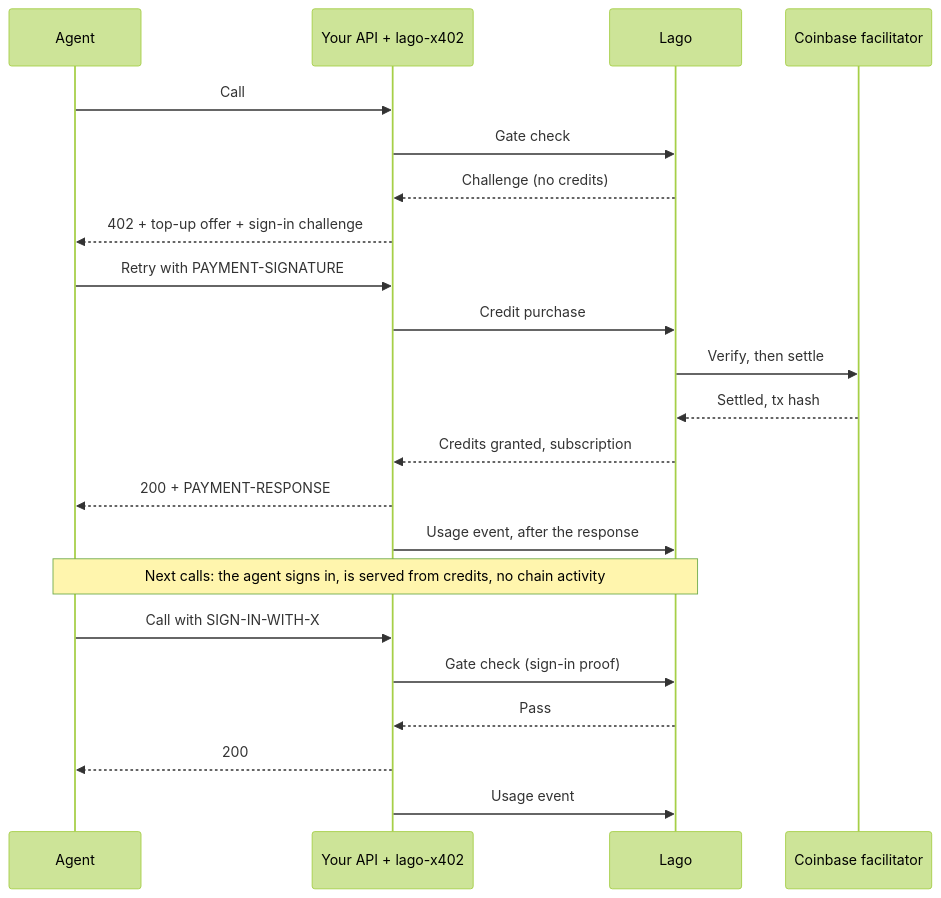
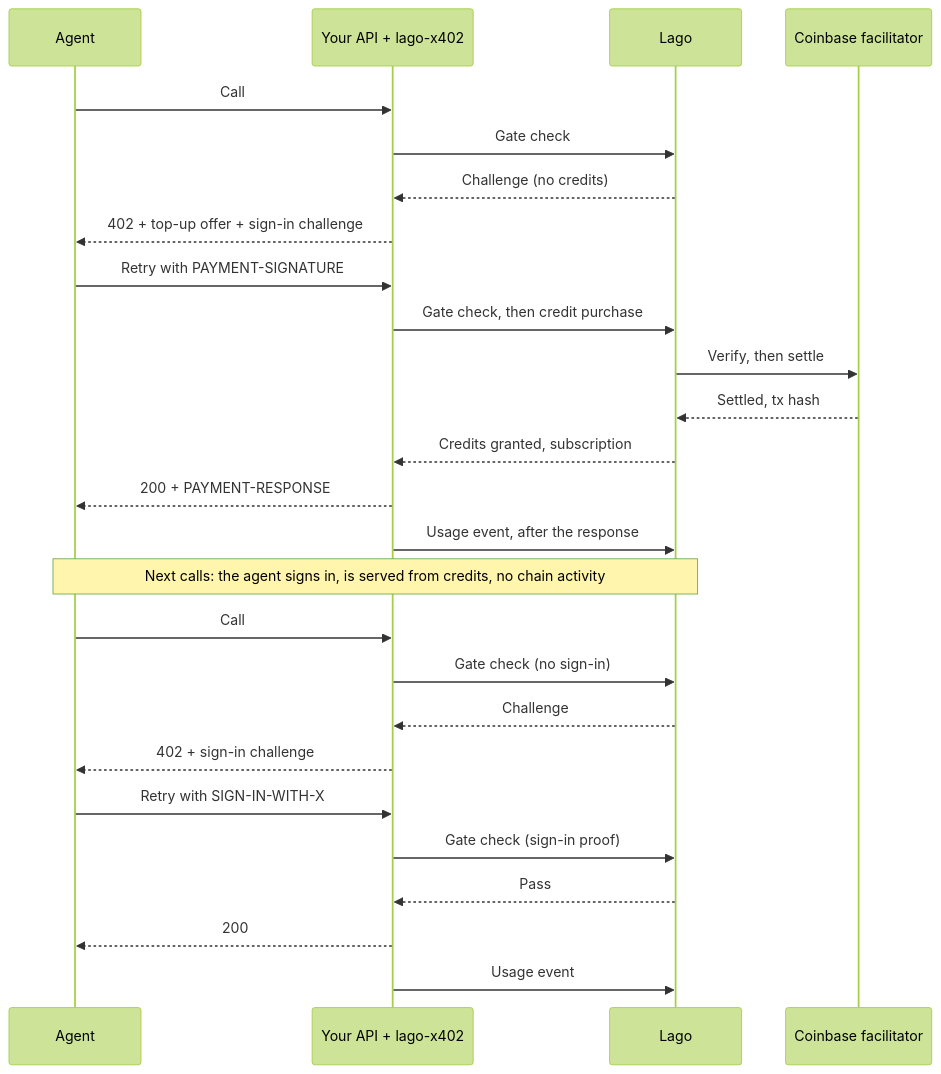
The diagram in guide/ai-agents/x402.mdx (getlago/lago-doc), drawn with Mermaid (forest theme) before and after one commit. The commit also changed other lines of this file and 1 other file, not shown here.

Commit message:
docs(x402): Address review on record mode, Redis, connection fields and gate behaviour

````diff
--- a/guide/ai-agents/x402.mdx
+++ b/guide/ai-agents/x402.mdx
@@ -22,24 +22,28 @@
 ```mermaid
 sequenceDiagram
     participant Agent
     participant API as Your API + lago-x402
     participant Lago
     participant CDP as Coinbase facilitator
     Agent->>API: Call
     API->>Lago: Gate check
     Lago-->>API: Challenge (no credits)
     API-->>Agent: 402 + top-up offer + sign-in challenge
     Agent->>API: Retry with PAYMENT-SIGNATURE
-    API->>Lago: Credit purchase
+    API->>Lago: Gate check, then credit purchase
     Lago->>CDP: Verify, then settle
     CDP-->>Lago: Settled, tx hash
     Lago-->>API: Credits granted, subscription
     API-->>Agent: 200 + PAYMENT-RESPONSE
     API->>Lago: Usage event, after the response
     Note over Agent,Lago: Next calls: the agent signs in, is served from credits, no chain activity
-    Agent->>API: Call with SIGN-IN-WITH-X
+    Agent->>API: Call
+    API->>Lago: Gate check (no sign-in)
+    Lago-->>API: Challenge
+    API-->>Agent: 402 + sign-in challenge
+    Agent->>API: Retry with SIGN-IN-WITH-X
     API->>Lago: Gate check (sign-in proof)
     Lago-->>API: Pass
     API-->>Agent: 200
     API->>Lago: Usage event
 ```
````
